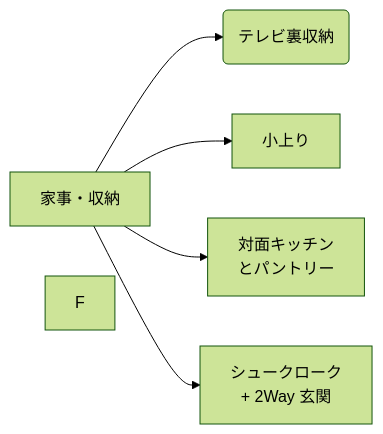
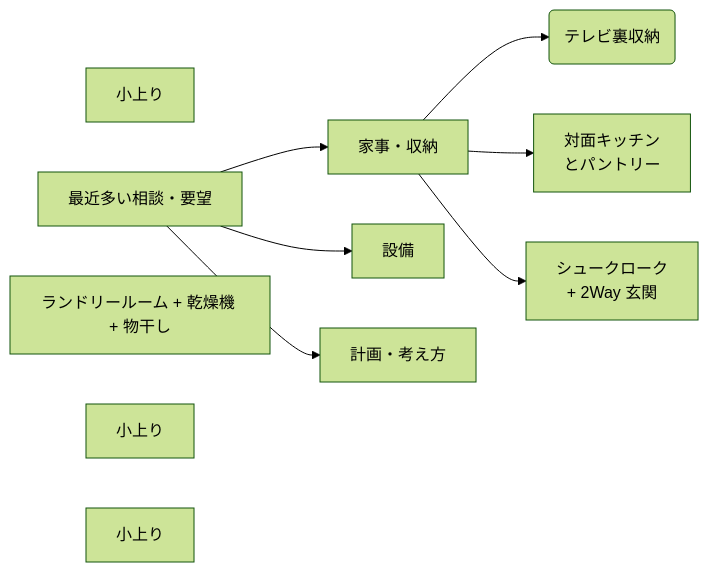
The second of 2 diagrams in content/纒/マーメイドの練習.md (hyodoarch/buryoshaki), drawn with Mermaid before and after one commit. The commit also changed other lines of this file and 12 other files, not shown here.

````diff
--- a/content/纒/マーメイドの練習.md
+++ b/content/纒/マーメイドの練習.md
@@ -35,15 +35,22 @@
 ```mermaid
 %%{init: {"theme":"forest"}}%%
 flowchart LR
     A("テレビ裏収納")
     B["小上り"]
     C["対面キッチン<br/>とパントリー"]
     D["シュークローク<br/> + 2Way 玄関"]
     E["家事・収納"]
-    F["F"]
+    F["最近多い相談・要望"]
+    G["設備"]
+    H["計画・考え方"]
+    I["ランドリールーム + 乾燥機 + 物干し"]
+    J["小上り"]
+    K["小上り"]
     E --> A
-    E --> B
     E --> C
     E --> D
-    %% mermaid-flow:pos A=461,145 B=466,213 C=479,282 D=477,361 E=205,262 F=57,255,97,33
+    F --> E
+    F --> G
+    F --> H
+    %% mermaid-flow:pos A=484,145 B=472,558 C=497,217 D=498,302 E=238,258 F=69,372,97,33 G=245,374 H=233,497 I=499,391 J=495,448 K=568,515
 ```
````
